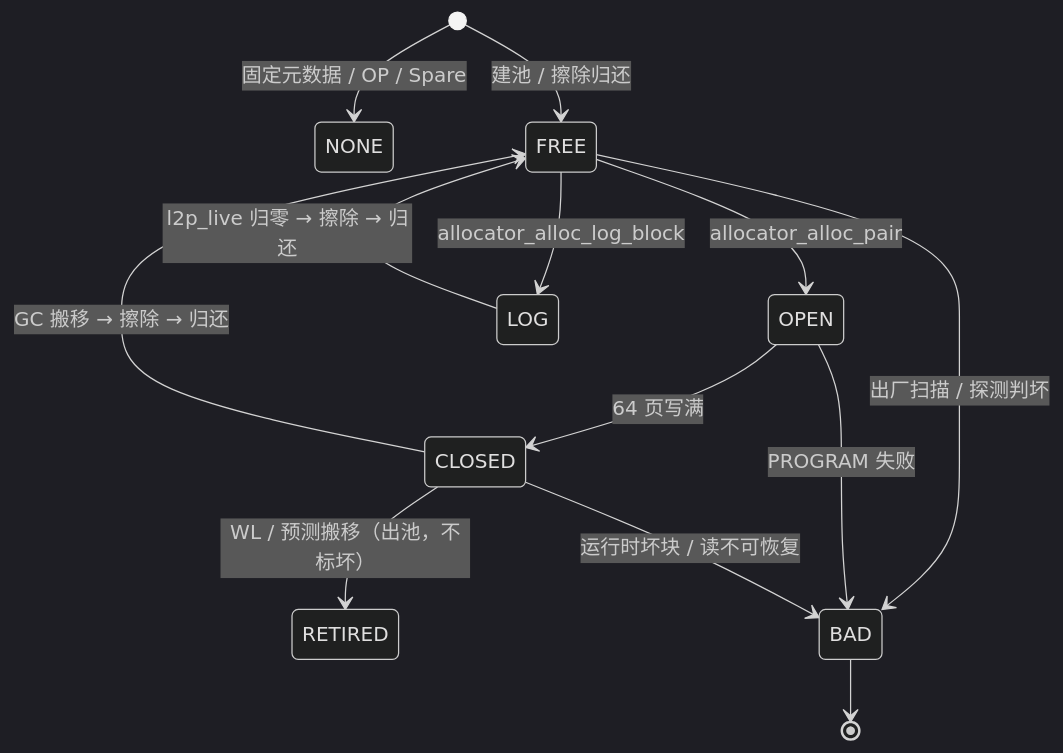
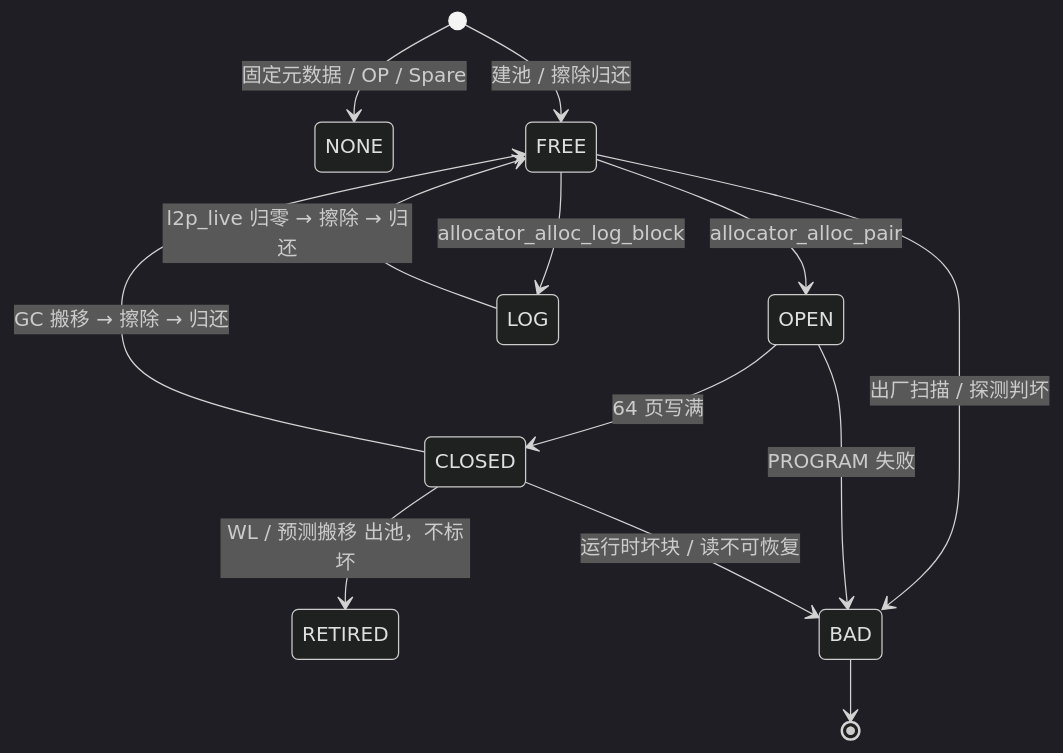
Before and after one commit to YzYMIAO/BASESSD: the third of 28 diagrams in docs/design/ftl_design.md, drawn with Mermaid (dark theme). The commit also changed other lines of this file, not shown here.

First line of the commit message:
docs(ftl): 修复 GitHub 目录跳转与 mermaid 渲染

````diff
--- a/docs/design/ftl_design.md
+++ b/docs/design/ftl_design.md
@@ -686,15 +702,15 @@
 ```mermaid
 stateDiagram-v2
     [*] --> NONE: 固定元数据 / OP / Spare
     [*] --> FREE: 建池 / 擦除归还
     FREE --> OPEN: allocator_alloc_pair
     OPEN --> CLOSED: 64 页写满
     CLOSED --> FREE: GC 搬移 → 擦除 → 归还
-    CLOSED --> RETIRED: WL / 预测搬移（出池，不标坏）
+    CLOSED --> RETIRED: WL / 预测搬移 出池，不标坏
     FREE --> LOG: allocator_alloc_log_block
     LOG --> FREE: l2p_live 归零 → 擦除 → 归还
     FREE --> BAD: 出厂扫描 / 探测判坏
     OPEN --> BAD: PROGRAM 失败
     CLOSED --> BAD: 运行时坏块 / 读不可恢复
     BAD --> [*]
 ```
````
